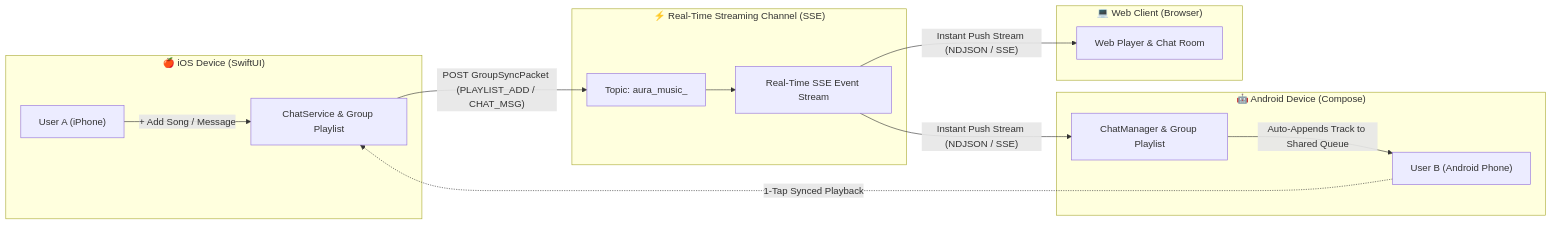
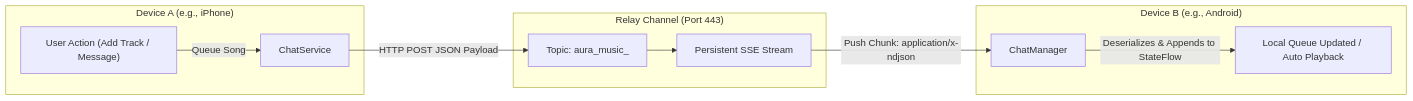
Before and after one commit to aayushkumar20/aurawave: the second of 3 diagrams in README.md, drawn with Mermaid. The commit also changed other lines of this file and 1 other file, not shown here.

````diff
--- a/README.md
+++ b/README.md
@@ -84,29 +195,23 @@
 ```mermaid
 flowchart LR
-    subgraph iOSDevice["🍎 iOS Device (SwiftUI)"]
-        UseriOS["User A (iPhone)"]
-        ChatServiceiOS["ChatService & Group Playlist"]
+    subgraph Device1["Device A (e.g., iPhone)"]
+        UserA["User Action (Add Track / Message)"]
+        ServiceA["ChatService"]
     end
 
-    subgraph Relay["⚡ Real-Time Streaming Channel (SSE)"]
+    subgraph Relay["Relay Channel (Port 443)"]
         Topic["Topic: aura_music_<room_code>"]
-        StreamServer["Real-Time SSE Event Stream"]
+        Stream["Persistent SSE Stream"]
     end
 
-    subgraph AndroidDevice["🤖 Android Device (Compose)"]
-        ChatManagerAnd["ChatManager & Group Playlist"]
-        UserAndroid["User B (Android Phone)"]
+    subgraph Device2["Device B (e.g., Android)"]
+        ManagerB["ChatManager"]
+        UserB["Local Queue Updated / Auto Playback"]
     end
 
-    subgraph WebDevice["💻 Web Client (Browser)"]
-        WebSync["Web Player & Chat Room"]
-    end
-
-    UseriOS -->|"+ Add Song" / Message| ChatServiceiOS
-    ChatServiceiOS -->|"POST GroupSyncPacket (PLAYLIST_ADD / CHAT_MSG)"| Topic
-    Topic --> StreamServer
-    StreamServer -->|"Instant Push Stream (NDJSON / SSE)"| ChatManagerAnd
-    StreamServer -->|"Instant Push Stream (NDJSON / SSE)"| WebSync
-    ChatManagerAnd -->|"Auto-Appends Track to Shared Queue"| UserAndroid
-    UserAndroid -.->|"1-Tap Synced Playback"| ChatServiceiOS
+    UserA -->|Queue Song| ServiceA
+    ServiceA -->|HTTP POST JSON Payload| Topic
+    Topic --> Stream
+    Stream -->|Push Chunk: application/x-ndjson| ManagerB
+    ManagerB -->|Deserializes & Appends to StateFlow| UserB
 ```
````
